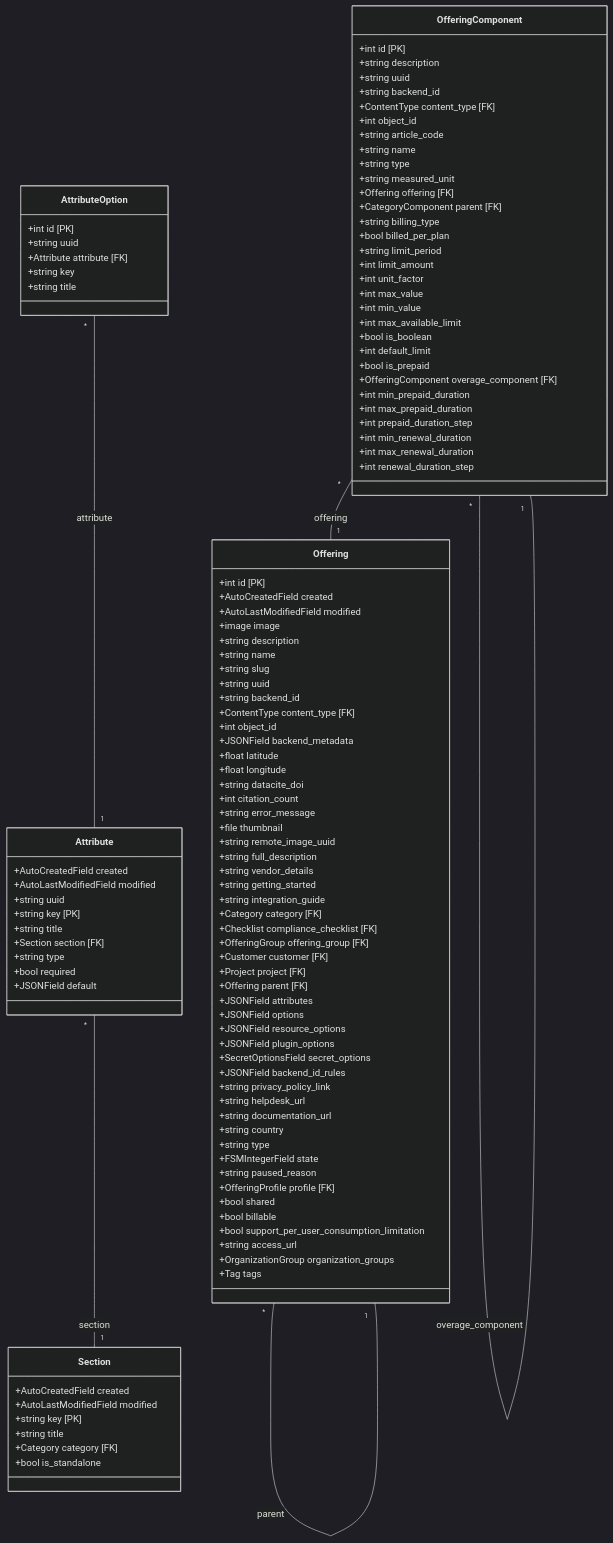
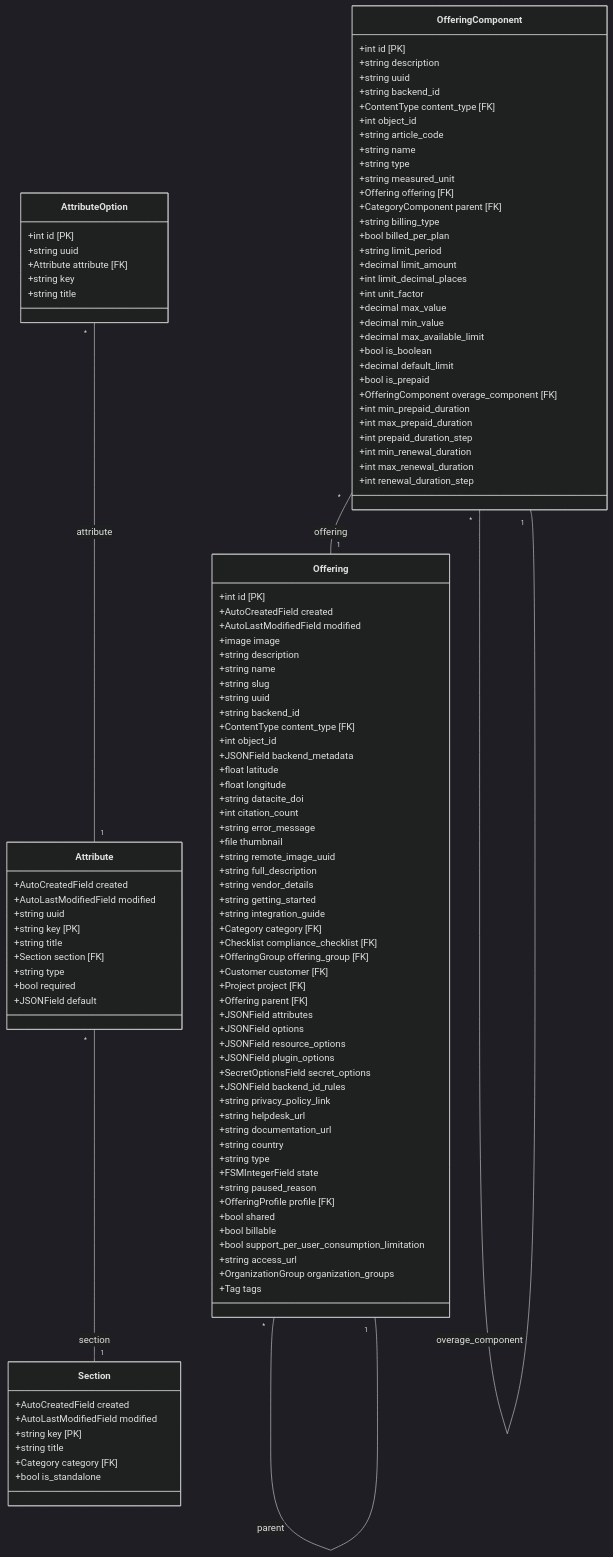
One commit to waldur/waldur-docs changed the diagram in docs/developer-guide/marketplace_catalog.mmd. Above: the diagram before and after it, drawn with Mermaid (dark theme). The commit also changed 39 other files, not shown here.

```diff
--- a/docs/developer-guide/marketplace_catalog.mmd
+++ b/docs/developer-guide/marketplace_catalog.mmd
@@ -1,116 +1,117 @@
 classDiagram
     direction TB
     class Section {
         +AutoCreatedField created
         +AutoLastModifiedField modified
         +string key [PK]
         +string title
         +Category category [FK]
         +bool is_standalone
     }
     class Attribute {
         +AutoCreatedField created
         +AutoLastModifiedField modified
         +string uuid
         +string key [PK]
         +string title
         +Section section [FK]
         +string type
         +bool required
         +JSONField default
     }
     class AttributeOption {
         +int id [PK]
         +string uuid
         +Attribute attribute [FK]
         +string key
         +string title
     }
     class Offering {
         +int id [PK]
         +AutoCreatedField created
         +AutoLastModifiedField modified
         +image image
         +string description
         +string name
         +string slug
         +string uuid
         +string backend_id
         +ContentType content_type [FK]
         +int object_id
         +JSONField backend_metadata
         +float latitude
         +float longitude
         +string datacite_doi
         +int citation_count
         +string error_message
         +file thumbnail
         +string remote_image_uuid
         +string full_description
         +string vendor_details
         +string getting_started
         +string integration_guide
         +Category category [FK]
         +Checklist compliance_checklist [FK]
         +OfferingGroup offering_group [FK]
         +Customer customer [FK]
         +Project project [FK]
         +Offering parent [FK]
         +JSONField attributes
         +JSONField options
         +JSONField resource_options
         +JSONField plugin_options
         +SecretOptionsField secret_options
         +JSONField backend_id_rules
         +string privacy_policy_link
         +string helpdesk_url
         +string documentation_url
         +string country
         +string type
         +FSMIntegerField state
         +string paused_reason
         +OfferingProfile profile [FK]
         +bool shared
         +bool billable
         +bool support_per_user_consumption_limitation
         +string access_url
         +OrganizationGroup organization_groups
         +Tag tags
     }
     class OfferingComponent {
         +int id [PK]
         +string description
         +string uuid
         +string backend_id
         +ContentType content_type [FK]
         +int object_id
         +string article_code
         +string name
         +string type
         +string measured_unit
         +Offering offering [FK]
         +CategoryComponent parent [FK]
         +string billing_type
         +bool billed_per_plan
         +string limit_period
-        +int limit_amount
+        +decimal limit_amount
+        +int limit_decimal_places
         +int unit_factor
-        +int max_value
-        +int min_value
-        +int max_available_limit
+        +decimal max_value
+        +decimal min_value
+        +decimal max_available_limit
         +bool is_boolean
-        +int default_limit
+        +decimal default_limit
         +bool is_prepaid
         +OfferingComponent overage_component [FK]
         +int min_prepaid_duration
         +int max_prepaid_duration
         +int prepaid_duration_step
         +int min_renewal_duration
         +int max_renewal_duration
         +int renewal_duration_step
     }
     Attribute "*" -- "1" Section : section
     AttributeOption "*" -- "1" Attribute : attribute
     Offering "*" -- "1" Offering : parent
     OfferingComponent "*" -- "1" Offering : offering
     OfferingComponent "*" -- "1" OfferingComponent : overage_component
```
